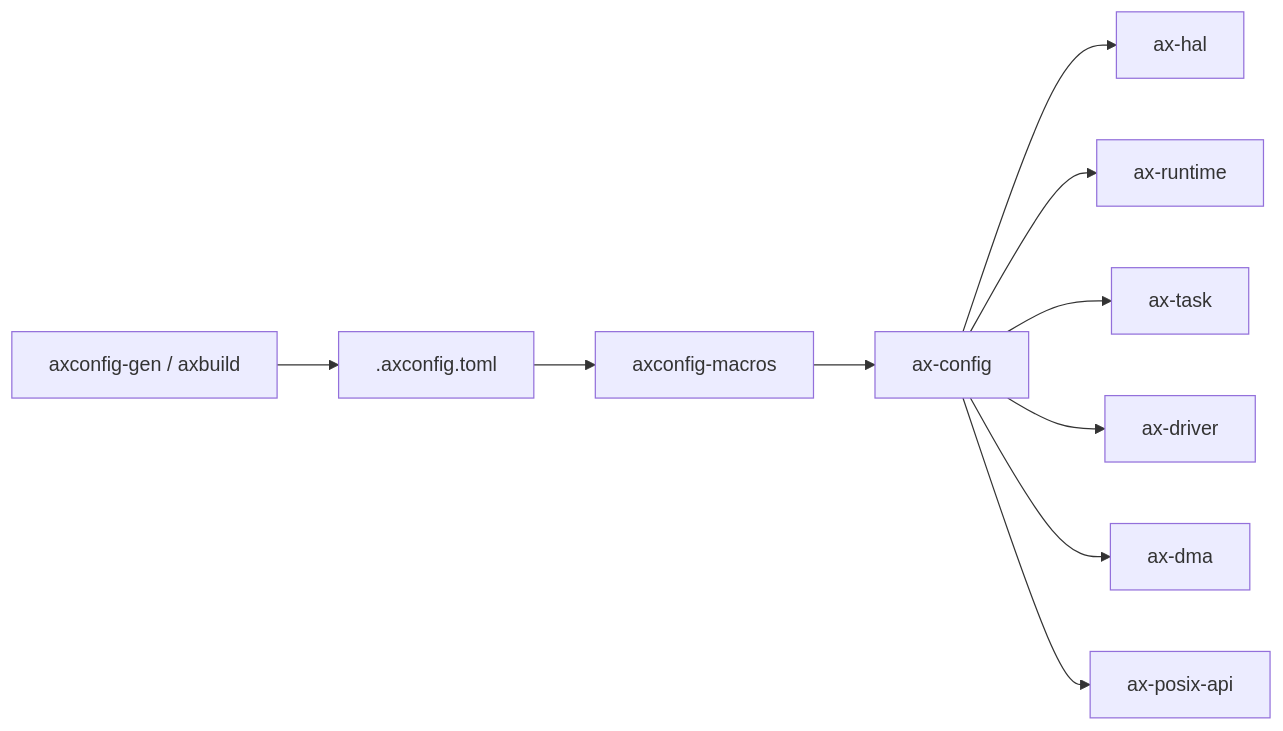
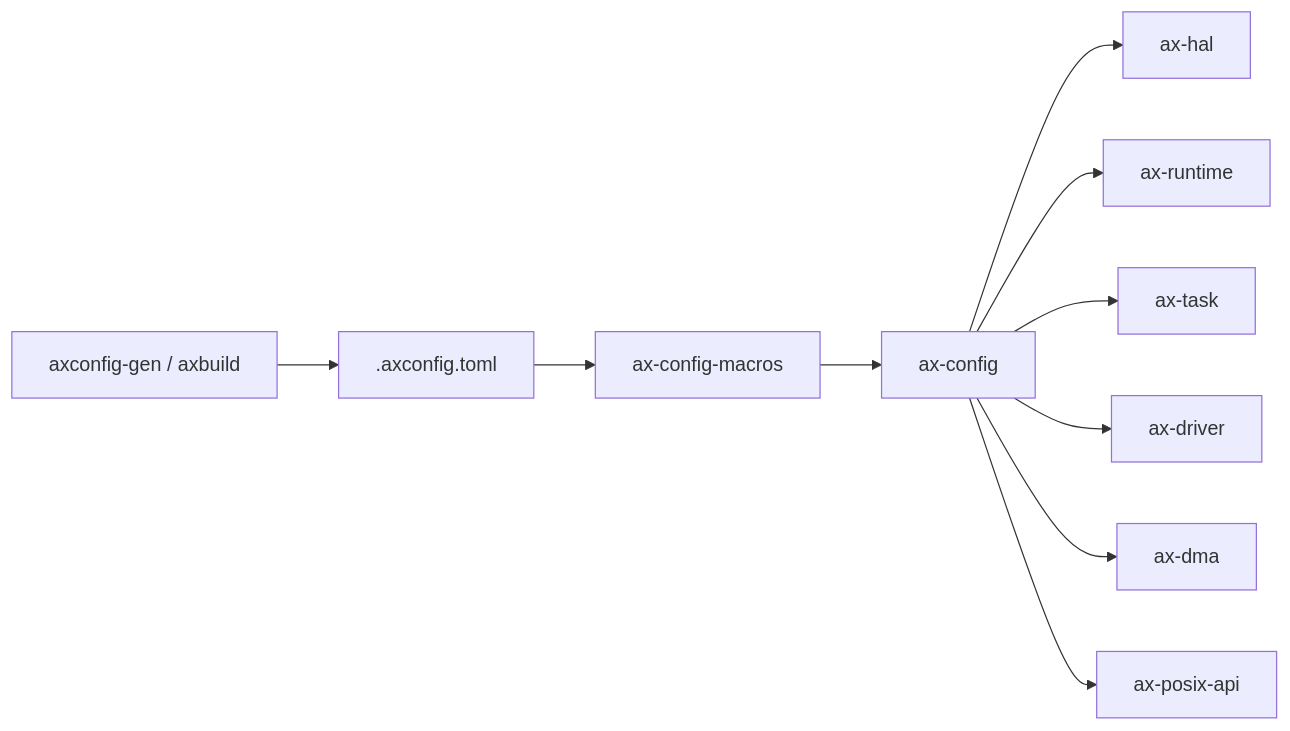
Before and after one commit to zKurisu/tgoskits: the second of 2 diagrams in docs/crates/ax-config.md, drawn with Mermaid. The commit also changed other lines of this file and 75 other files, not shown here.

Commit message:
rename axconfig-macros to ax-config-macros

````diff
--- a/docs/crates/ax-config.md
+++ b/docs/crates/ax-config.md
@@ -92,13 +92,13 @@
 ```mermaid
 graph LR
     gen["axconfig-gen / axbuild"] --> toml[".axconfig.toml"]
-    toml --> macros["axconfig-macros"]
+    toml --> macros["ax-config-macros"]
     macros --> ax-config["ax-config"]
 
     ax-config --> ax-hal["ax-hal"]
     ax-config --> ax-runtime["ax-runtime"]
     ax-config --> ax-task["ax-task"]
     ax-config --> ax-driver["ax-driver"]
     ax-config --> ax_dma["ax-dma"]
     ax-config --> posix["ax-posix-api"]
 ```
````
